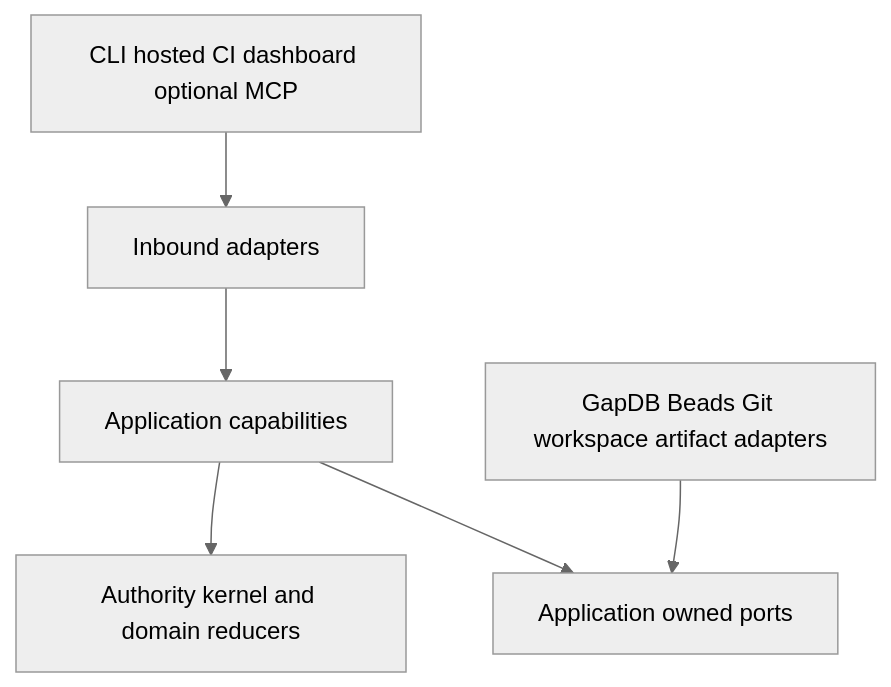
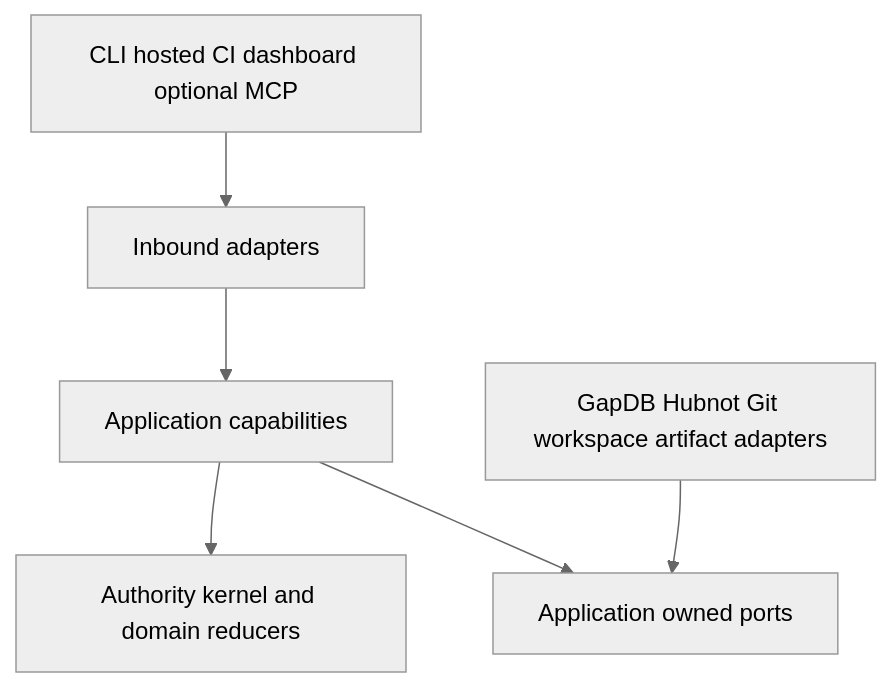
One commit to Ivan-Melck/spec-kitty-go changed the first of 2 diagrams in docs/PRODUCTION_ORCHESTRATION_ARCHITECTURE.md. Above: the diagram before and after it, drawn with Mermaid (neutral theme). The commit also changed other lines of this file and 67 other files, not shown here.

Commit message:
Replace active Beads delivery and qualification with Hubnot

````diff
--- a/docs/PRODUCTION_ORCHESTRATION_ARCHITECTURE.md
+++ b/docs/PRODUCTION_ORCHESTRATION_ARCHITECTURE.md
@@ -144,15 +144,15 @@
 ```mermaid
 flowchart TB
     Clients[CLI hosted CI dashboard optional MCP]
     Inbound[Inbound adapters]
     App[Application capabilities]
     Kernel[Authority kernel and domain reducers]
     Ports[Application owned ports]
-    External[GapDB Beads Git workspace artifact adapters]
+    External[GapDB Hubnot Git workspace artifact adapters]
 
     Clients --> Inbound
     Inbound --> App
     App --> Kernel
     App --> Ports
     External --> Ports
 ```
````
